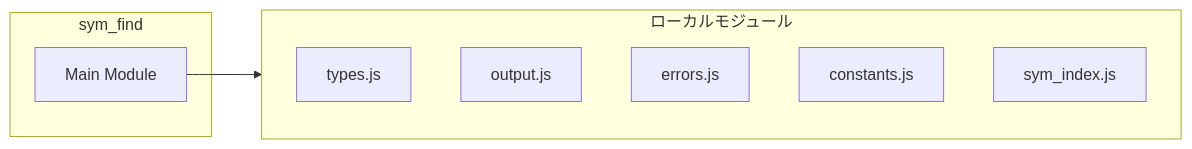
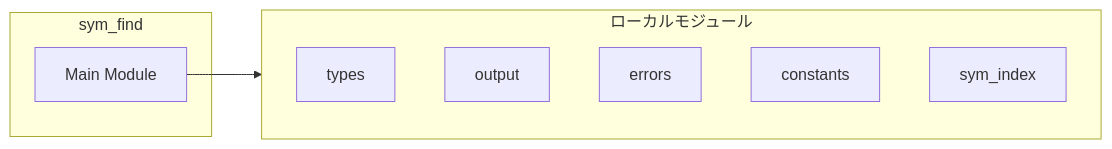
Before and after one commit to Mekann2904/mekann: the first of 2 diagrams in ABDD/.pi/extensions/search/tools/sym_find.md, drawn with Mermaid. The commit also changed other lines of this file and 174 other files, not shown here.

First line of the commit message:
fix(docs): ABDDのMermaid図生成エラーを修正する

````diff
--- a/ABDD/.pi/extensions/search/tools/sym_find.md
+++ b/ABDD/.pi/extensions/search/tools/sym_find.md
@@ -37,14 +37,14 @@
 ```mermaid
 flowchart LR
   subgraph this[sym_find]
     main[Main Module]
   end
   subgraph local[ローカルモジュール]
-    types_js["types.js"]
-    output_js["output.js"]
-    errors_js["errors.js"]
-    constants_js["constants.js"]
-    sym_index_js["sym_index.js"]
+    types["types"]
+    output["output"]
+    errors["errors"]
+    constants["constants"]
+    sym_index["sym_index"]
   end
   main --> local
 ```
````
